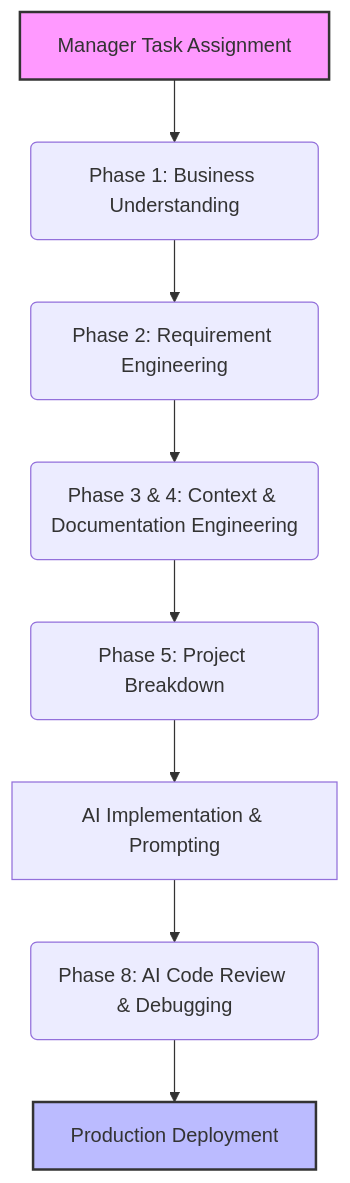
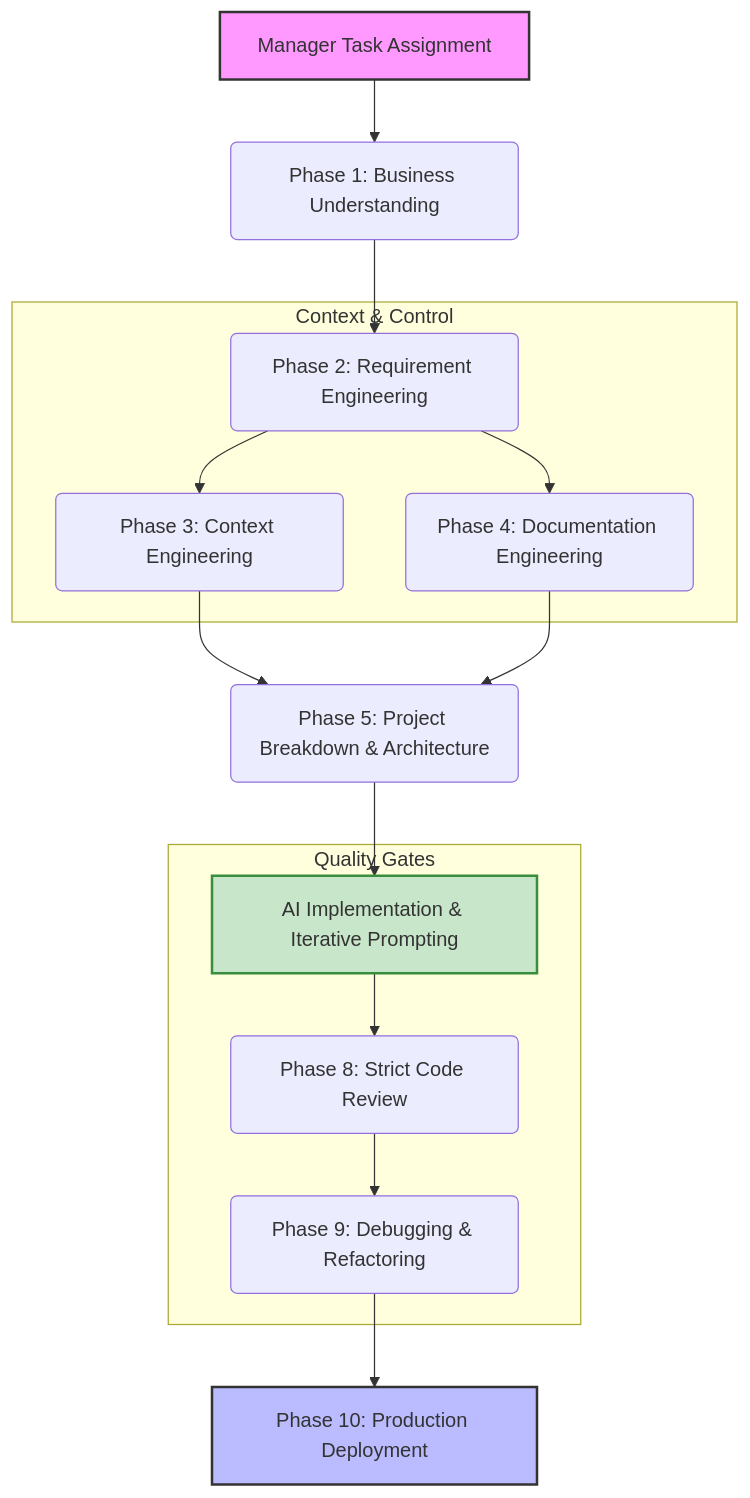
The diagram in Part 1 - Foundations and Enterprise Mindset.md (dhanesh-vaishnav96/AIBuilder.md), drawn with Mermaid before and after one commit. The commit also changed other lines of this file and 11 other files, not shown here.

````diff
--- a/Part 1 - Foundations and Enterprise Mindset.md
+++ b/Part 1 - Foundations and Enterprise Mindset.md
@@ -22,13 +26,26 @@
 ```mermaid
 graph TD
     A[Manager Task Assignment] --> B(Phase 1: Business Understanding)
     B --> C(Phase 2: Requirement Engineering)
-    C --> D(Phase 3 & 4: Context & Documentation Engineering)
-    D --> E(Phase 5: Project Breakdown)
-    E --> F[AI Implementation & Prompting]
-    F --> G(Phase 8: AI Code Review & Debugging)
-    G --> H[Production Deployment]
+    
+    subgraph Context & Control
+    C --> D(Phase 3: Context Engineering)
+    C --> E(Phase 4: Documentation Engineering)
+    end
+    
+    D --> F(Phase 5: Project Breakdown & Architecture)
+    E --> F
+    
+    F --> G[AI Implementation & Iterative Prompting]
+    
+    subgraph Quality Gates
+    G --> H(Phase 8: Strict Code Review)
+    H --> I(Phase 9: Debugging & Refactoring)
+    end
+    
+    I --> J[Phase 10: Production Deployment]
     
     style A fill:#f9f,stroke:#333,stroke-width:2px
-    style H fill:#bbf,stroke:#333,stroke-width:2px
+    style J fill:#bbf,stroke:#333,stroke-width:2px
+    style G fill:#c8e6c9,stroke:#388e3c,stroke-width:2px
 ```
````
